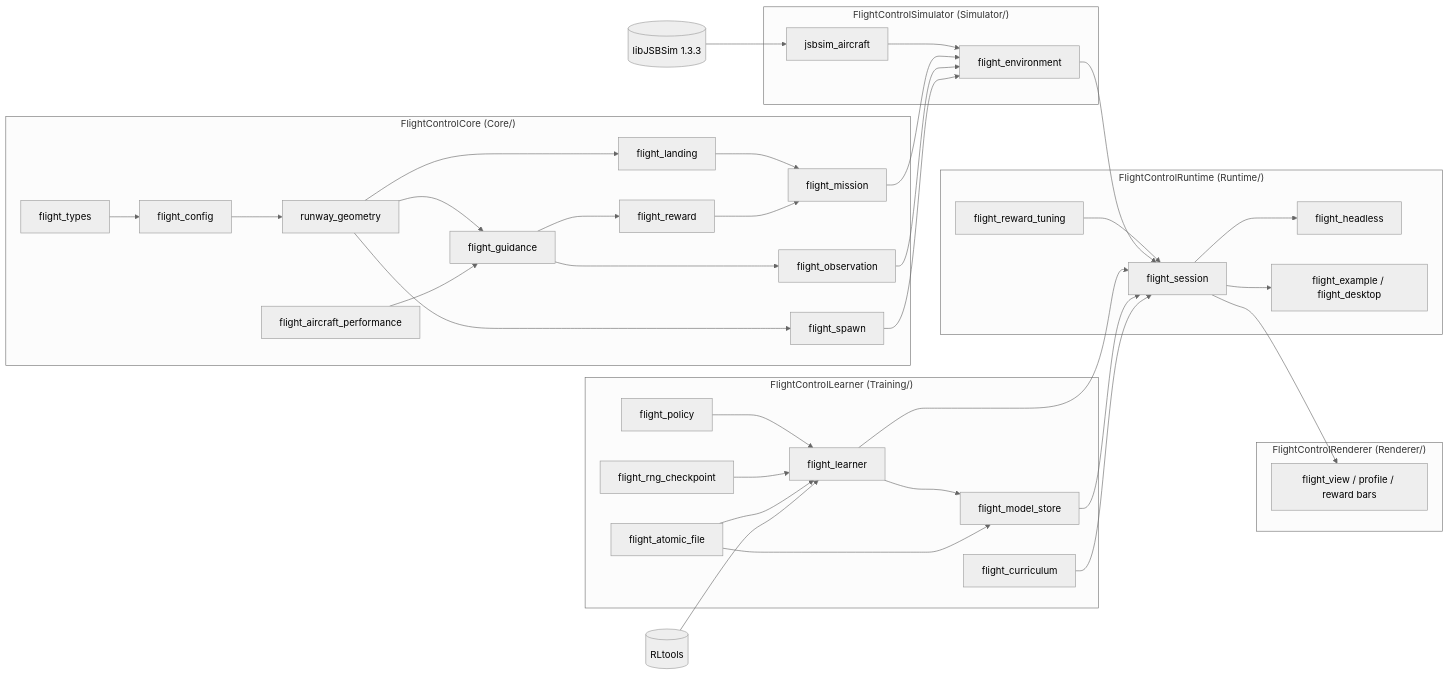
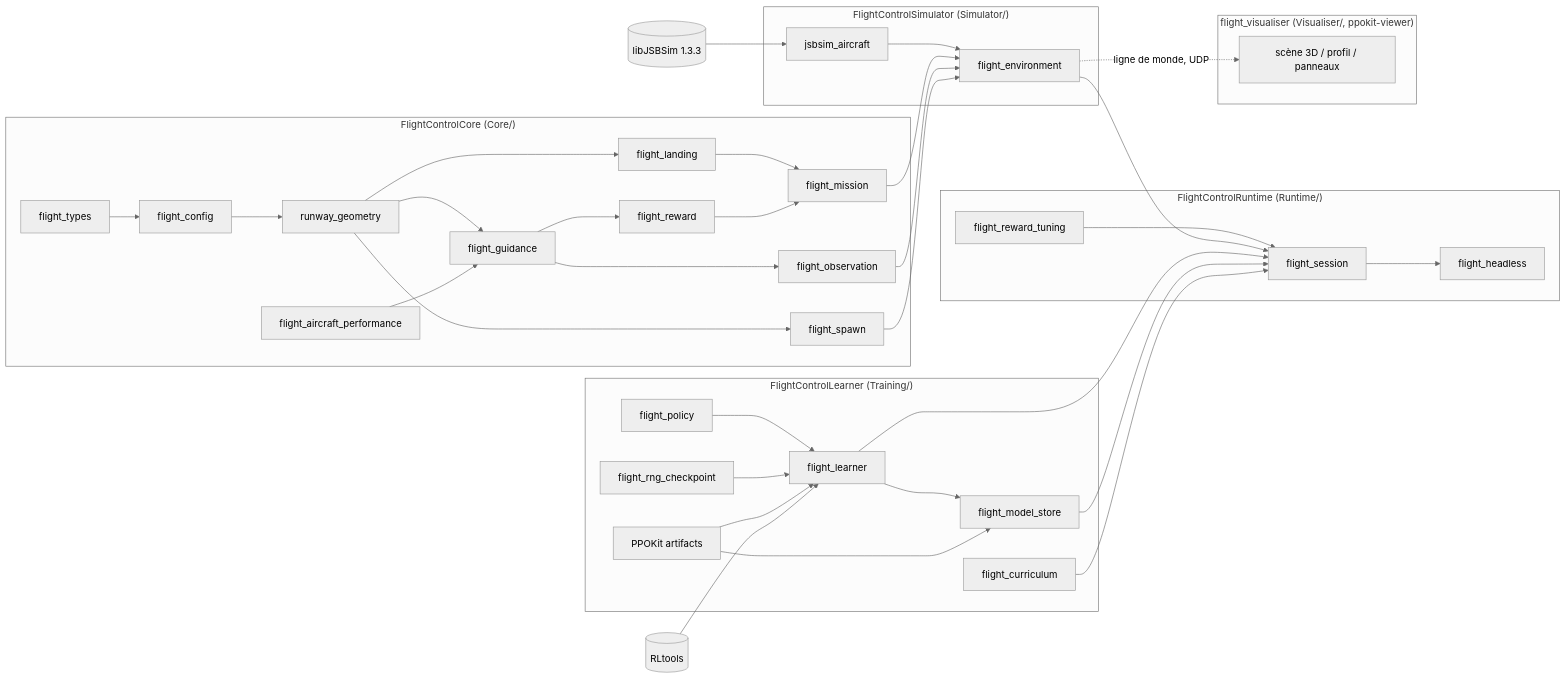
The first of 4 diagrams in docs/FlightControl3D_Architecture.md (benoitfragit/PPOTrial), drawn with Mermaid (neutral theme) before and after one commit. The commit also changed other lines of this file and 747 other files, not shown here.

````diff
--- a/docs/FlightControl3D_Architecture.md
+++ b/docs/FlightControl3D_Architecture.md
@@ -17,44 +17,43 @@
 ```mermaid
 flowchart LR
     subgraph Core["FlightControlCore (Core/)"]
         types[flight_types] --> config[flight_config]
         config --> geometry[runway_geometry]
         geometry --> guidance[flight_guidance]
         perf[flight_aircraft_performance] --> guidance
         geometry --> landing[flight_landing]
         guidance --> reward[flight_reward]
         guidance --> observation[flight_observation]
         geometry --> spawn[flight_spawn]
         landing --> mission[flight_mission]
         reward --> mission
     end
     subgraph Simulator["FlightControlSimulator (Simulator/)"]
         jsbsim[jsbsim_aircraft] --> environment[flight_environment]
     end
     subgraph Training["FlightControlLearner (Training/)"]
         policy[flight_policy] --> learner[flight_learner]
         rng[flight_rng_checkpoint] --> learner
-        atomic[flight_atomic_file] --> learner
+        atomic[PPOKit artifacts] --> learner
         learner --> store[flight_model_store]
         atomic --> store
         curriculum[flight_curriculum]
     end
     subgraph Runtime["FlightControlRuntime (Runtime/)"]
         tuning[flight_reward_tuning] --> session[flight_session]
         session --> headless[flight_headless]
-        session --> example[flight_example / flight_desktop]
     end
-    subgraph Renderer["FlightControlRenderer (Renderer/)"]
-        view[flight_view / profile / reward bars]
+    subgraph Visualiser["flight_visualiser (Visualiser/, ppokit-viewer)"]
+        view[scène 3D / profil / panneaux]
     end
     JSBSimLib[(libJSBSim 1.3.3)] --> jsbsim
     RLtools[(RLtools)] --> learner
     mission --> environment
     observation --> environment
     spawn --> environment
     environment --> session
     learner --> session
     store --> session
     curriculum --> session
-    session --> view
+    environment -. ligne de monde, UDP .-> view
 ```
````
